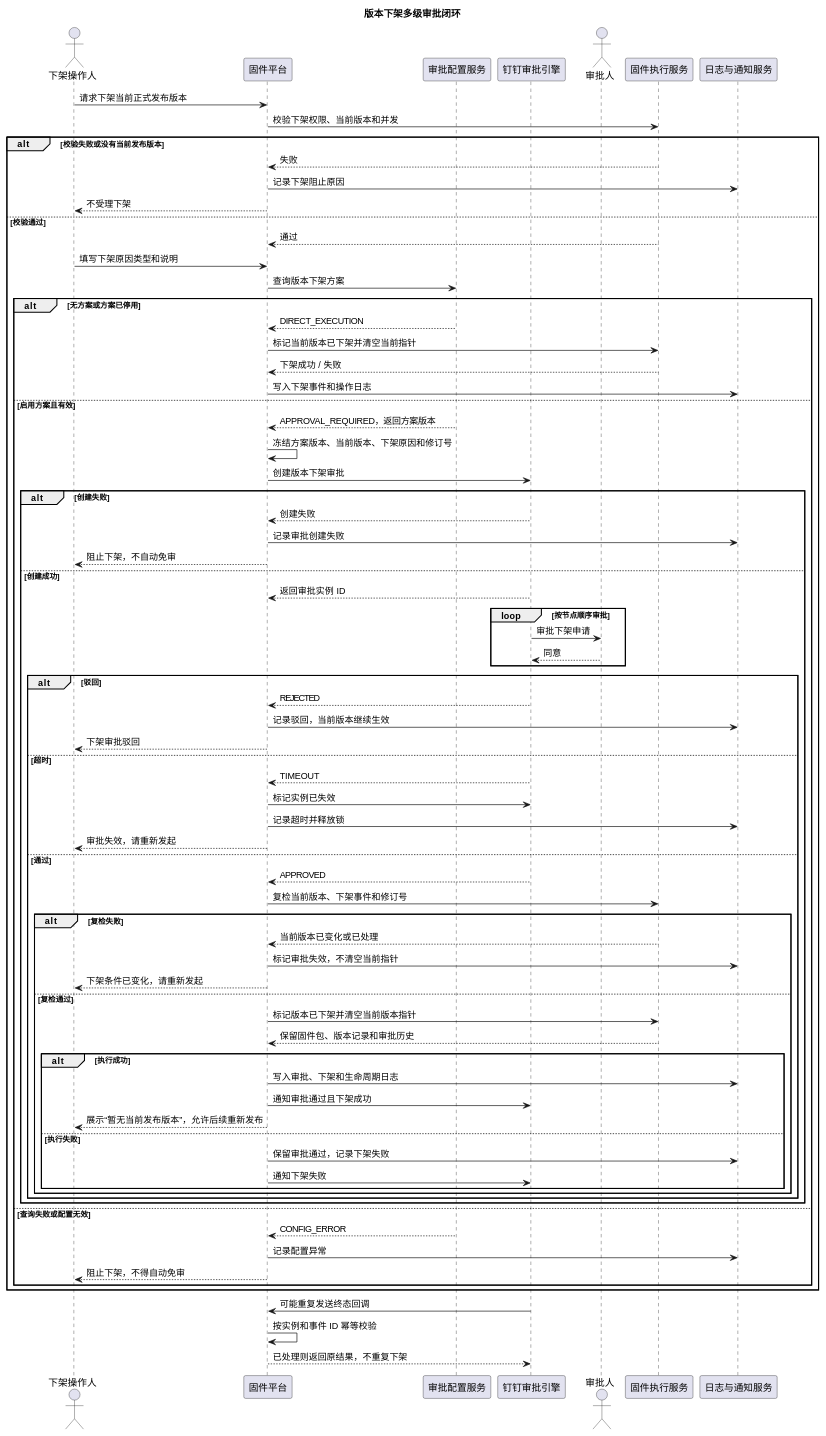
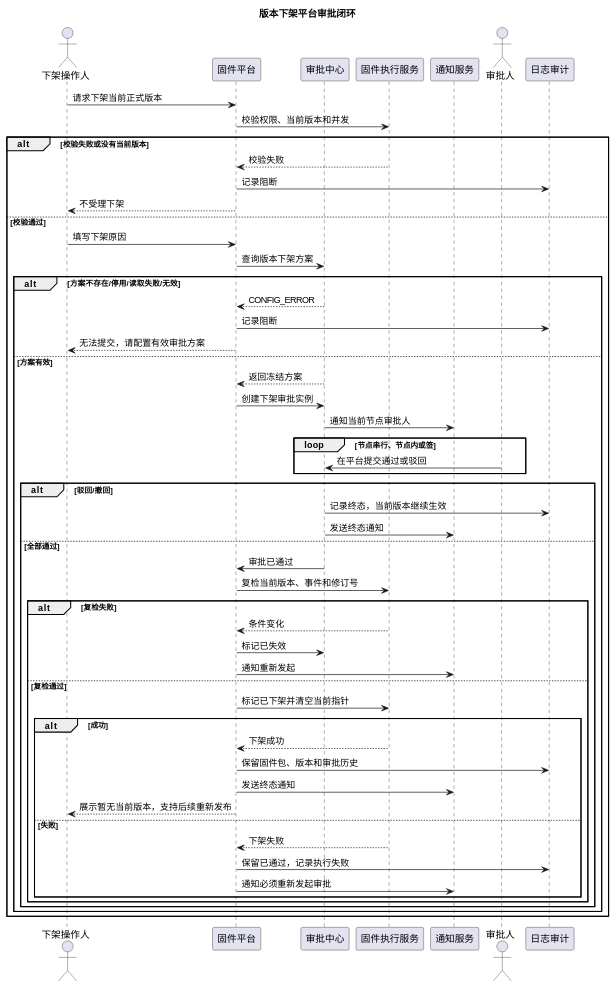
One commit to tangtangtang-tys/firmware-release-summary changed the fourth of 4 diagrams in 产品文档/多级审批发布回滚下架_需求迭代范围与业务闭环_V1.0.md. Above: the diagram before and after it, drawn with PlantUML. The commit also changed other lines of this file and 6 other files, not shown here.

````diff
--- a/产品文档/多级审批发布回滚下架_需求迭代范围与业务闭环_V1.0.md
+++ b/产品文档/多级审批发布回滚下架_需求迭代范围与业务闭环_V1.0.md
@@ -669,84 +664,60 @@
 ```plantuml
 @startuml
-title 版本下架多级审批闭环
+title 版本下架平台审批闭环
 
 actor "下架操作人" as Operator
 participant "固件平台" as Platform
-participant "审批配置服务" as Config
-participant "钉钉审批引擎" as DingTalk
+participant "审批中心" as Center
+participant "固件执行服务" as Executor
+participant "通知服务" as Notice
 actor "审批人" as Approver
-participant "固件执行服务" as Executor
-participant "日志与通知服务" as Audit
+participant "日志审计" as Audit
 
-Operator -> Platform: 请求下架当前正式发布版本
-Platform -> Executor: 校验下架权限、当前版本和并发
-alt 校验失败或没有当前发布版本
-    Executor --> Platform: 失败
-    Platform -> Audit: 记录下架阻止原因
+Operator -> Platform: 请求下架当前正式版本
+Platform -> Executor: 校验权限、当前版本和并发
+alt 校验失败或没有当前版本
+    Executor --> Platform: 校验失败
+    Platform -> Audit: 记录阻断
     Platform --> Operator: 不受理下架
 else 校验通过
-    Executor --> Platform: 通过
-    Operator -> Platform: 填写下架原因类型和说明
-    Platform -> Config: 查询版本下架方案
-    alt 无方案或方案已停用
-        Config --> Platform: DIRECT_EXECUTION
-        Platform -> Executor: 标记当前版本已下架并清空当前指针
-        Executor --> Platform: 下架成功 / 失败
-        Platform -> Audit: 写入下架事件和操作日志
-    else 启用方案且有效
-        Config --> Platform: APPROVAL_REQUIRED，返回方案版本
-        Platform -> Platform: 冻结方案版本、当前版本、下架原因和修订号
-        Platform -> DingTalk: 创建版本下架审批
-        alt 创建失败
-            DingTalk --> Platform: 创建失败
-            Platform -> Audit: 记录审批创建失败
-            Platform --> Operator: 阻止下架，不自动免审
-        else 创建成功
-            DingTalk --> Platform: 返回审批实例 ID
-            loop 按节点顺序审批
-                DingTalk -> Approver: 审批下架申请
-                Approver --> DingTalk: 同意
-            end
-            alt 驳回
-                DingTalk --> Platform: REJECTED
-                Platform -> Audit: 记录驳回，当前版本继续生效
-                Platform --> Operator: 下架审批驳回
-            else 超时
-                DingTalk --> Platform: TIMEOUT
-                Platform -> DingTalk: 标记实例已失效
-                Platform -> Audit: 记录超时并释放锁
-                Platform --> Operator: 审批失效，请重新发起
-            else 通过
-                DingTalk --> Platform: APPROVED
-                Platform -> Executor: 复检当前版本、下架事件和修订号
-                alt 复检失败
-                    Executor --> Platform: 当前版本已变化或已处理
-                    Platform -> Audit: 标记审批失效，不清空当前指针
-                    Platform --> Operator: 下架条件已变化，请重新发起
-                else 复检通过
-                    Platform -> Executor: 标记版本已下架并清空当前版本指针
-                    Executor --> Platform: 保留固件包、版本记录和审批历史
-                    alt 执行成功
-                        Platform -> Audit: 写入审批、下架和生命周期日志
-                        Platform -> DingTalk: 通知审批通过且下架成功
-                        Platform --> Operator: 展示“暂无当前发布版本”，允许后续重新发布
-                    else 执行失败
-                        Platform -> Audit: 保留审批通过，记录下架失败
-                        Platform -> DingTalk: 通知下架失败
-                    end
+    Operator -> Platform: 填写下架原因
+    Platform -> Center: 查询版本下架方案
+    alt 方案不存在/停用/读取失败/无效
+        Center --> Platform: CONFIG_ERROR
+        Platform -> Audit: 记录阻断
+        Platform --> Operator: 无法提交，请配置有效审批方案
+    else 方案有效
+        Center --> Platform: 返回冻结方案
+        Platform -> Center: 创建下架审批实例
+        Center -> Notice: 通知当前节点审批人
+        loop 节点串行、节点内或签
+            Approver -> Center: 在平台提交通过或驳回
+        end
+        alt 驳回/撤回
+            Center -> Audit: 记录终态，当前版本继续生效
+            Center -> Notice: 发送终态通知
+        else 全部通过
+            Center -> Platform: 审批已通过
+            Platform -> Executor: 复检当前版本、事件和修订号
+            alt 复检失败
+                Executor --> Platform: 条件变化
+                Platform -> Center: 标记已失效
+                Platform -> Notice: 通知重新发起
+            else 复检通过
+                Platform -> Executor: 标记已下架并清空当前指针
+                alt 成功
+                    Executor --> Platform: 下架成功
+                    Platform -> Audit: 保留固件包、版本和审批历史
+                    Platform -> Notice: 发送终态通知
+                    Platform --> Operator: 展示暂无当前版本，支持后续重新发布
+                else 失败
+                    Executor --> Platform: 下架失败
+                    Platform -> Audit: 保留已通过，记录执行失败
+                    Platform -> Notice: 通知必须重新发起审批
                 end
             end
         end
-    else 查询失败或配置无效
-        Config --> Platform: CONFIG_ERROR
-        Platform -> Audit: 记录配置异常
-        Platform --> Operator: 阻止下架，不得自动免审
     end
 end
-
-DingTalk -> Platform: 可能重复发送终态回调
-Platform -> Platform: 按实例和事件 ID 幂等校验
-Platform --> DingTalk: 已处理则返回原结果，不重复下架
-
 @enduml
 ```
````
